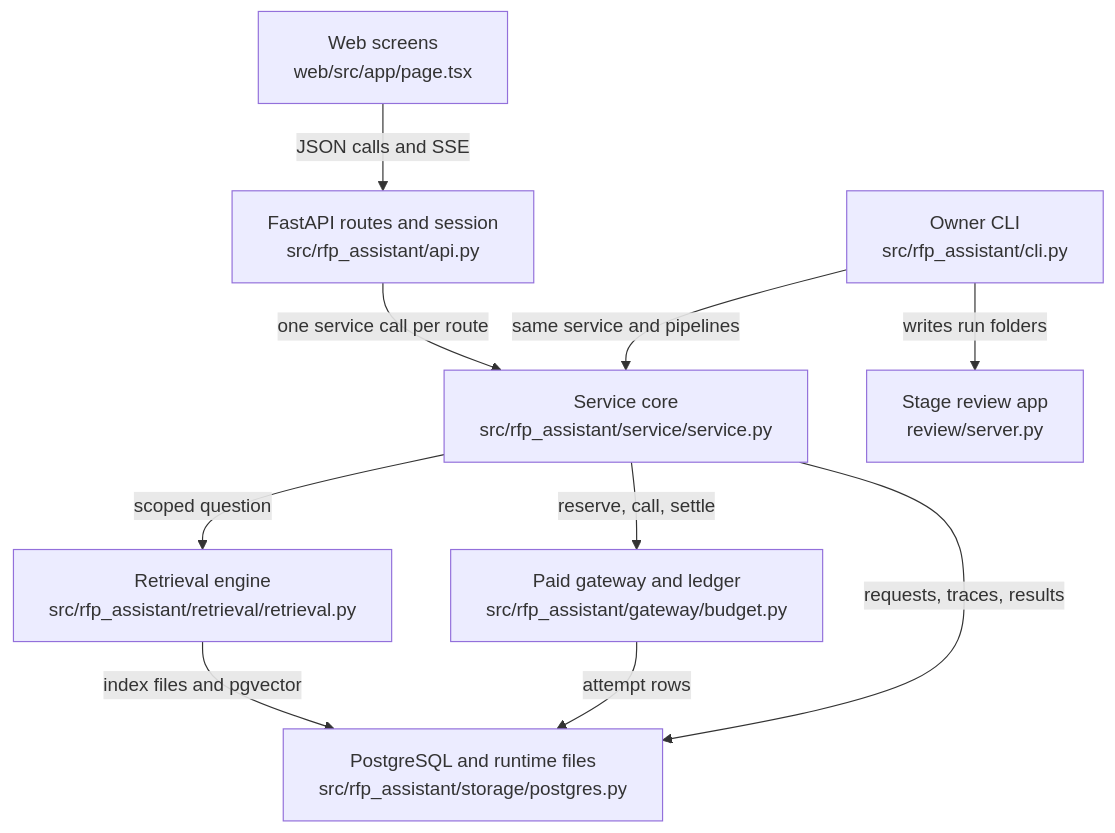
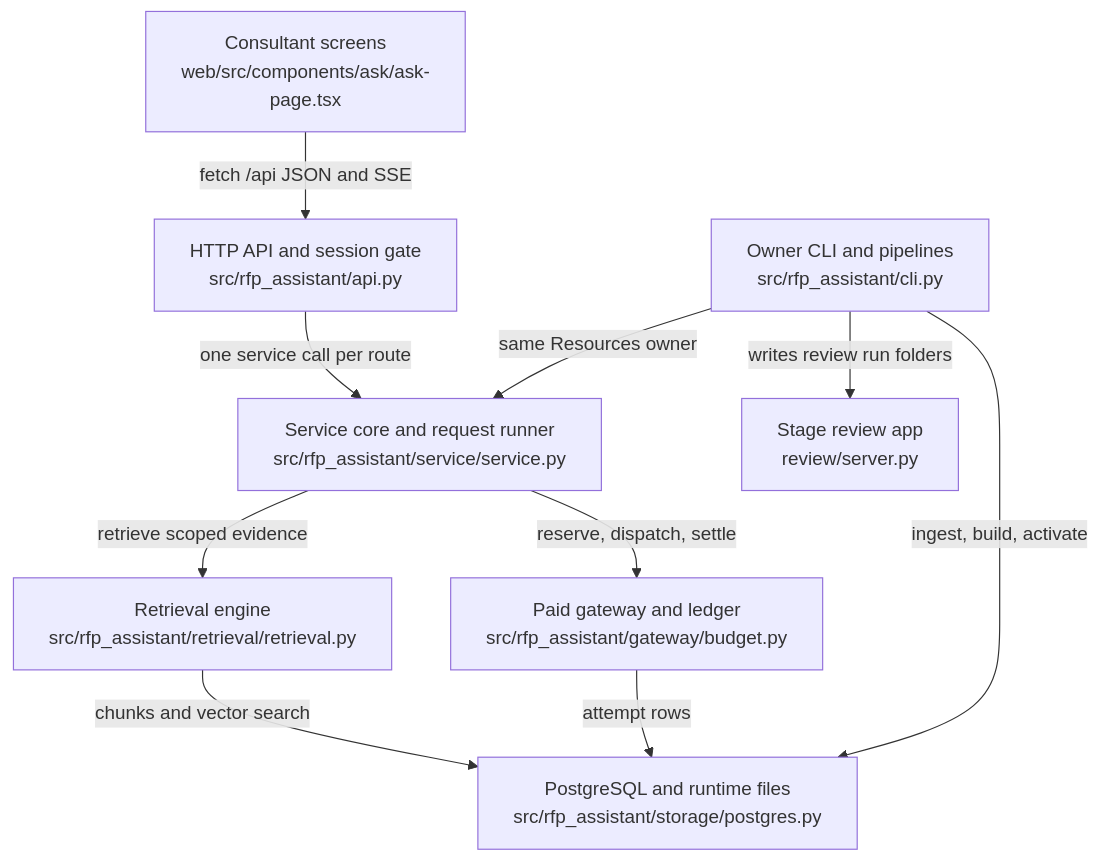
The diagram in .omm/overall-architecture/diagram.mmd (littleeeeebit/project-codeit-mid), drawn with Mermaid before and after one commit. The commit also changed 437 other files, not shown here.

```diff
--- a/.omm/overall-architecture/diagram.mmd
+++ b/.omm/overall-architecture/diagram.mmd
@@ -1,18 +1,18 @@
 graph TD
-  screens["Web screens\nweb/src/app/page.tsx"]
-  api["FastAPI routes and session\nsrc/rfp_assistant/api.py"]
-  service["Service core\nsrc/rfp_assistant/service/service.py"]
-  retrieval["Retrieval engine\nsrc/rfp_assistant/retrieval/retrieval.py"]
-  gateway["Paid gateway and ledger\nsrc/rfp_assistant/gateway/budget.py"]
-  stores["PostgreSQL and runtime files\nsrc/rfp_assistant/storage/postgres.py"]
-  cli["Owner CLI\nsrc/rfp_assistant/cli.py"]
-  review["Stage review app\nreview/server.py"]
-  screens -->|JSON calls and SSE| api
-  api -->|one service call per route| service
-  cli -->|same service and pipelines| service
-  service -->|scoped question| retrieval
-  service -->|reserve, call, settle| gateway
-  retrieval -->|index files and pgvector| stores
-  gateway -->|attempt rows| stores
-  service -->|requests, traces, results| stores
-  cli -->|writes run folders| review
+  web-screens["Consultant screens\nweb/src/components/ask/ask-page.tsx"]
+  http-api["HTTP API and session gate\nsrc/rfp_assistant/api.py"]
+  service-core["Service core and request runner\nsrc/rfp_assistant/service/service.py"]
+  retrieval-engine["Retrieval engine\nsrc/rfp_assistant/retrieval/retrieval.py"]
+  paid-gateway["Paid gateway and ledger\nsrc/rfp_assistant/gateway/budget.py"]
+  storage-layer["PostgreSQL and runtime files\nsrc/rfp_assistant/storage/postgres.py"]
+  owner-cli["Owner CLI and pipelines\nsrc/rfp_assistant/cli.py"]
+  stage-review["Stage review app\nreview/server.py"]
+  web-screens -->|fetch /api JSON and SSE| http-api
+  http-api -->|one service call per route| service-core
+  service-core -->|retrieve scoped evidence| retrieval-engine
+  service-core -->|reserve, dispatch, settle| paid-gateway
+  retrieval-engine -->|chunks and vector search| storage-layer
+  paid-gateway -->|attempt rows| storage-layer
+  owner-cli -->|ingest, build, activate| storage-layer
+  owner-cli -->|same Resources owner| service-core
+  owner-cli -->|writes review run folders| stage-review
```
